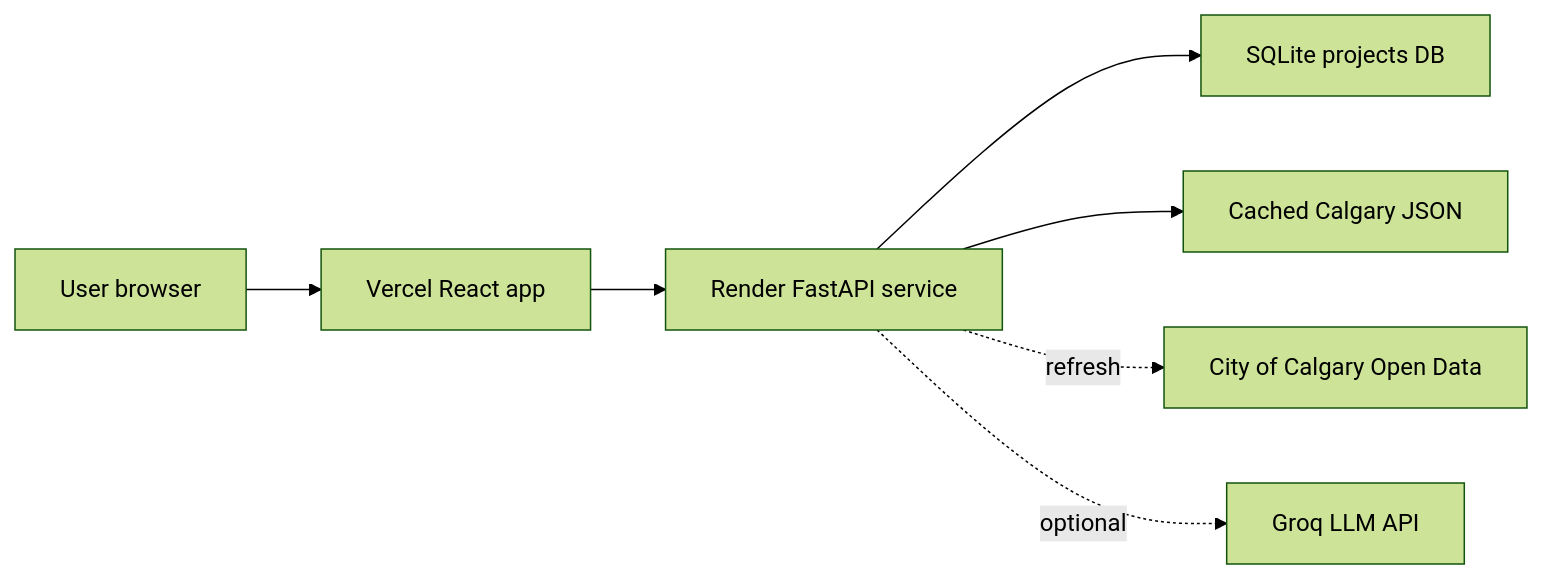
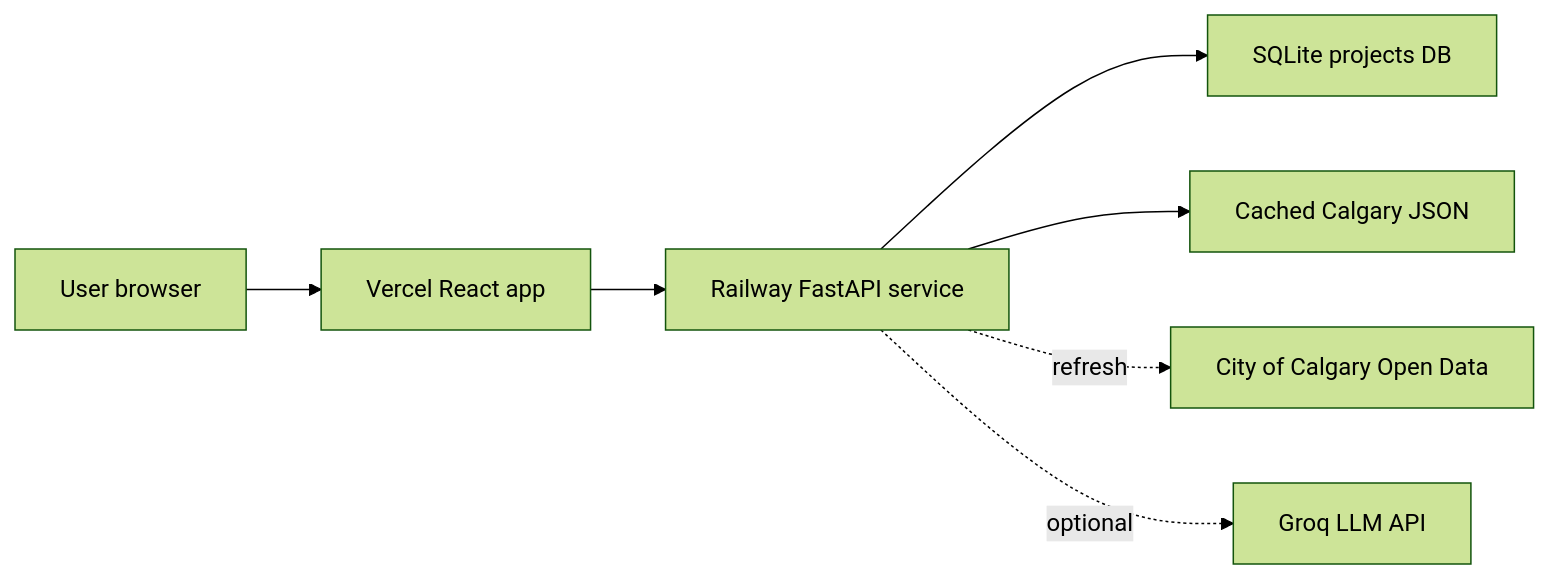
Before and after one commit to shayanshaikh199/UrbanLens-YYC: the fourth of 4 diagrams in docs/uml.md, drawn with Mermaid (forest theme). The commit also changed 1 other file, not shown here.

Commit message:
Align submission docs with deployment

````diff
--- a/docs/uml.md
+++ b/docs/uml.md
@@ -119,9 +119,9 @@
 ```mermaid
 flowchart LR
   Browser["User browser"] --> Vercel["Vercel React app"]
-  Vercel --> Render["Render FastAPI service"]
-  Render --> SQLite["SQLite projects DB"]
-  Render --> Cache["Cached Calgary JSON"]
-  Render -. refresh .-> Calgary["City of Calgary Open Data"]
-  Render -. optional .-> Groq["Groq LLM API"]
+  Vercel --> Railway["Railway FastAPI service"]
+  Railway --> SQLite["SQLite projects DB"]
+  Railway --> Cache["Cached Calgary JSON"]
+  Railway -. refresh .-> Calgary["City of Calgary Open Data"]
+  Railway -. optional .-> Groq["Groq LLM API"]
 ```
````
